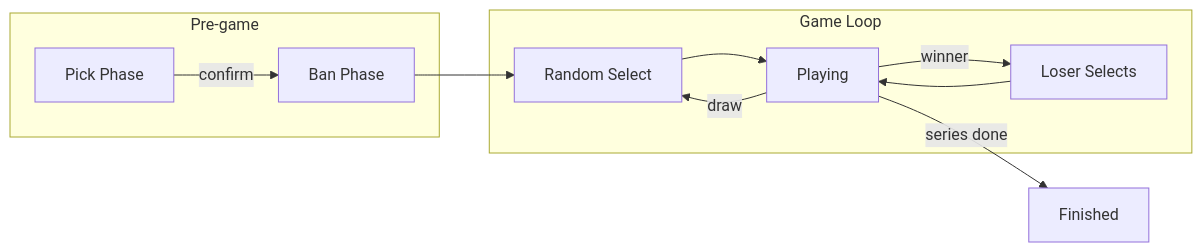
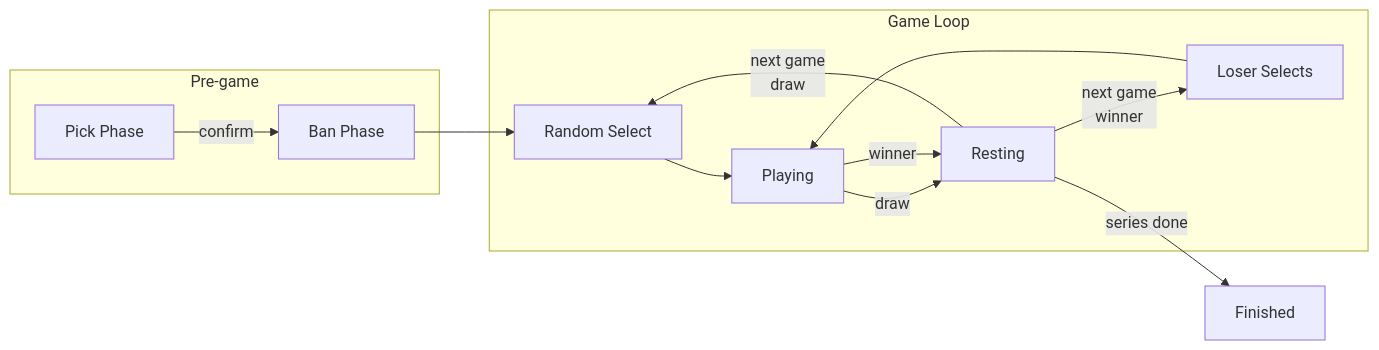
The diagram in README.md (Ootzk/chess-opening-duel), drawn with Mermaid before and after one commit. The commit also changed other lines of this file and 3 other files, not shown here.

First line of the commit message:
Add Resting phase after last series game (#49)

````diff
--- a/README.md
+++ b/README.md
@@ -21,16 +21,18 @@
 ```mermaid
 flowchart LR
     subgraph Pre["Pre-game"]
         PICK[Pick Phase] -->|confirm| BAN[Ban Phase]
     end
 
     subgraph Game["Game Loop"]
         RS[Random Select] --> PLAY[Playing]
-        PLAY -->|draw| RS
-        PLAY -->|winner| SEL[Loser Selects]
+        PLAY -->|draw| REST[Resting]
+        PLAY -->|winner| REST
+        REST -->|next game<br/>draw| RS
+        REST -->|next game<br/>winner| SEL[Loser Selects]
         SEL --> PLAY
     end
 
     BAN --> RS
-    PLAY -->|series done| FIN[Finished]
+    REST -->|series done| FIN[Finished]
 ```
````
